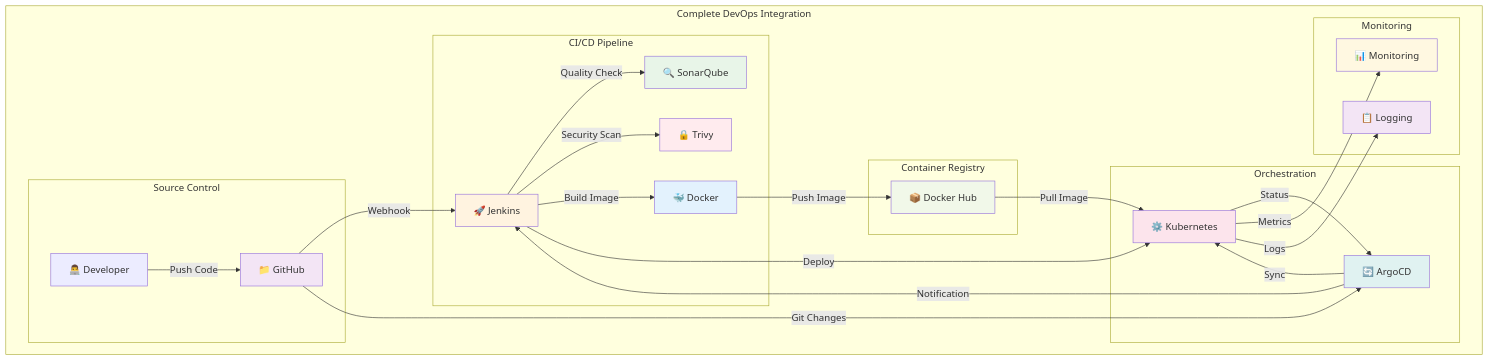
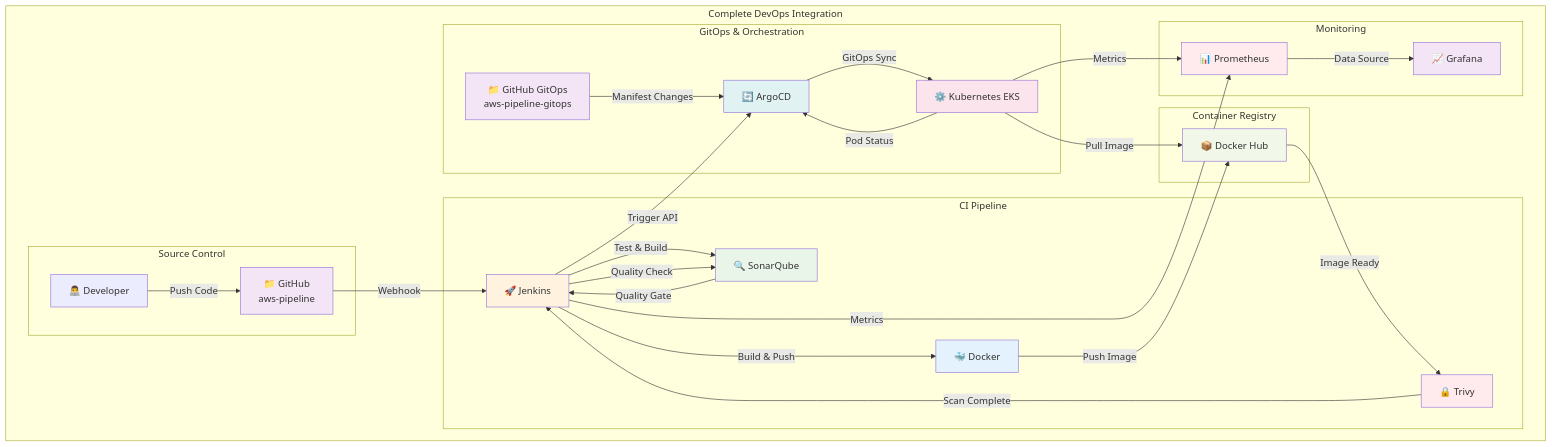
The eighth of 9 diagrams in detailed-devops-diagrams.md (onurglr/aws-pipeline), drawn with Mermaid before and after one commit. The commit also changed other lines of this file and 1 other file, not shown here.

````diff
--- a/detailed-devops-diagrams.md
+++ b/detailed-devops-diagrams.md
@@ -333,56 +305,61 @@
 ```mermaid
 graph TB
     subgraph "Complete DevOps Integration"
         subgraph "Source Control"
-            GH[📁 GitHub]
+            GH[📁 GitHub<br/>aws-pipeline]
             DEV[👨‍💻 Developer]
         end
         
-        subgraph "CI/CD Pipeline"
+        subgraph "CI Pipeline"
             J[🚀 Jenkins]
             SQ[🔍 SonarQube]
+            D[🐳 Docker]
             T[🔒 Trivy]
-            D[🐳 Docker]
         end
         
         subgraph "Container Registry"
             DH[📦 Docker Hub]
         end
         
-        subgraph "Orchestration"
-            K[⚙️ Kubernetes]
+        subgraph "GitOps & Orchestration"
+            GH_GITOPS[📁 GitHub GitOps<br/>aws-pipeline-gitops]
             A[🔄 ArgoCD]
+            K[⚙️ Kubernetes EKS]
         end
         
         subgraph "Monitoring"
-            M[📊 Monitoring]
-            L[📋 Logging]
+            P[📊 Prometheus]
+            G[📈 Grafana]
         end
     end
     
     DEV -->|Push Code| GH
     GH -->|Webhook| J
+    J -->|Test & Build| SQ
     J -->|Quality Check| SQ
-    J -->|Security Scan| T
-    J -->|Build Image| D
+    SQ -->|Quality Gate| J
+    J -->|Build & Push| D
     D -->|Push Image| DH
-    J -->|Deploy| K
-    DH -->|Pull Image| K
-    GH -->|Git Changes| A
-    A -->|Sync| K
-    K -->|Status| A
-    A -->|Notification| J
-    K -->|Metrics| M
-    K -->|Logs| L
+    DH -->|Image Ready| T
+    T -->|Scan Complete| J
+    J -->|Trigger API| A
+    GH_GITOPS -->|Manifest Changes| A
+    A -->|GitOps Sync| K
+    K -->|Pull Image| DH
+    K -->|Pod Status| A
+    J -->|Metrics| P
+    K -->|Metrics| P
+    P -->|Data Source| G
     
     style GH fill:#f3e5f5
     style J fill:#fff3e0
     style SQ fill:#e8f5e8
     style T fill:#ffebee
     style D fill:#e3f2fd
     style DH fill:#f1f8e9
     style K fill:#fce4ec
     style A fill:#e0f2f1
-    style M fill:#fff8e1
-    style L fill:#f3e5f5
+    style P fill:#ffebee
+    style G fill:#f3e5f5
+    style GH_GITOPS fill:#f3e5f5
 ```
````
